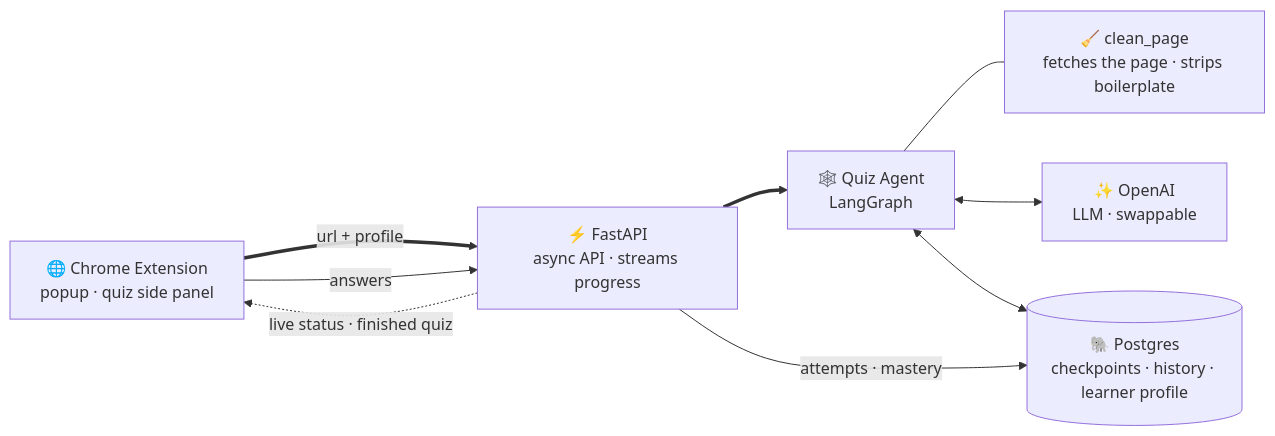
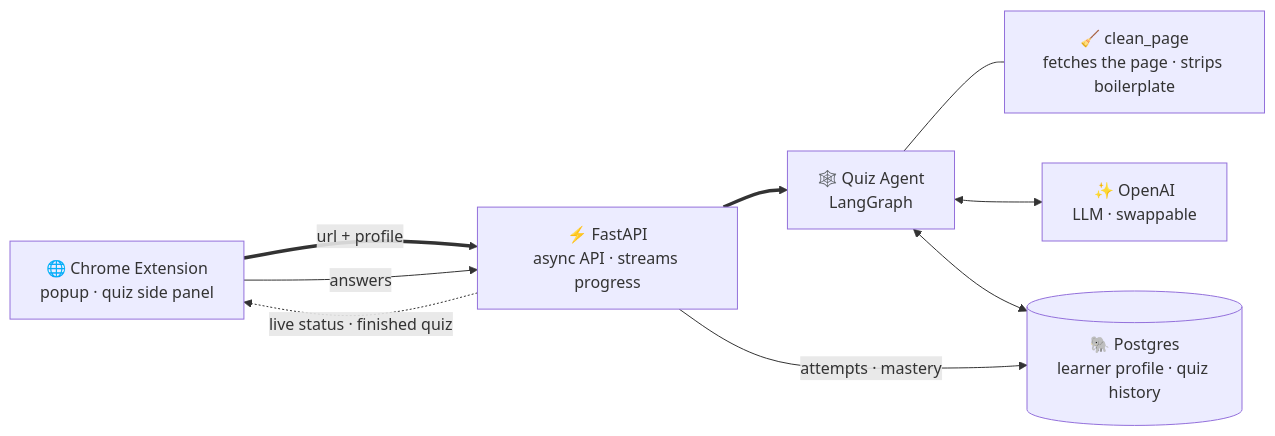
The first of 2 diagrams in README.md (bukunmialuko/hyris), drawn with Mermaid before and after one commit. The commit also changed other lines of this file and 11 other files, not shown here.

Commit message:
feat(api): persist learner memory in postgres when DATABASE_URL is set

````diff
--- a/README.md
+++ b/README.md
@@ -114,18 +121,18 @@
 ```mermaid
 flowchart LR
   CHROME["🌐 Chrome Extension<br/>popup · quiz side panel"]
   API["⚡ FastAPI<br/>async API · streams progress"]
   AGENT["🕸️ Quiz Agent<br/>LangGraph"]
   TOOL["🧹 clean_page<br/>fetches the page · strips boilerplate"]
   LLM["✨ OpenAI<br/>LLM · swappable"]
-  DB[("🐘 Postgres<br/>checkpoints · history · learner profile")]
+  DB[("🐘 Postgres<br/>learner profile · quiz history")]
 
   CHROME == "url + profile" ==> API
   API -. "live status · finished quiz" .-> CHROME
   CHROME -- "answers" --> API
   API ==> AGENT
   AGENT --- TOOL
   AGENT <--> LLM
   AGENT <--> DB
   API -- "attempts · mastery" --> DB
 ```
````
